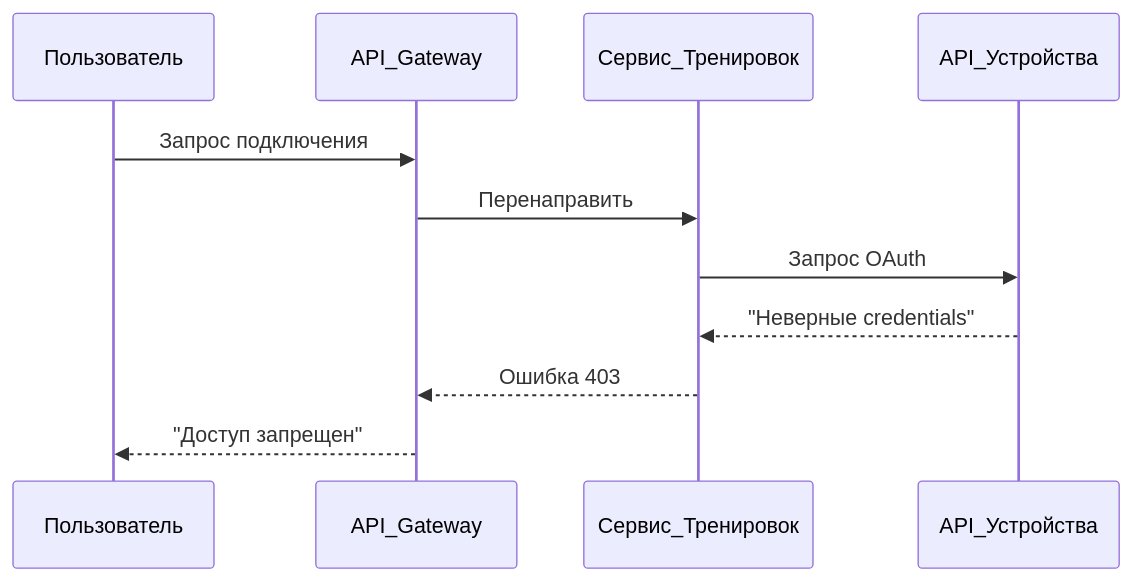
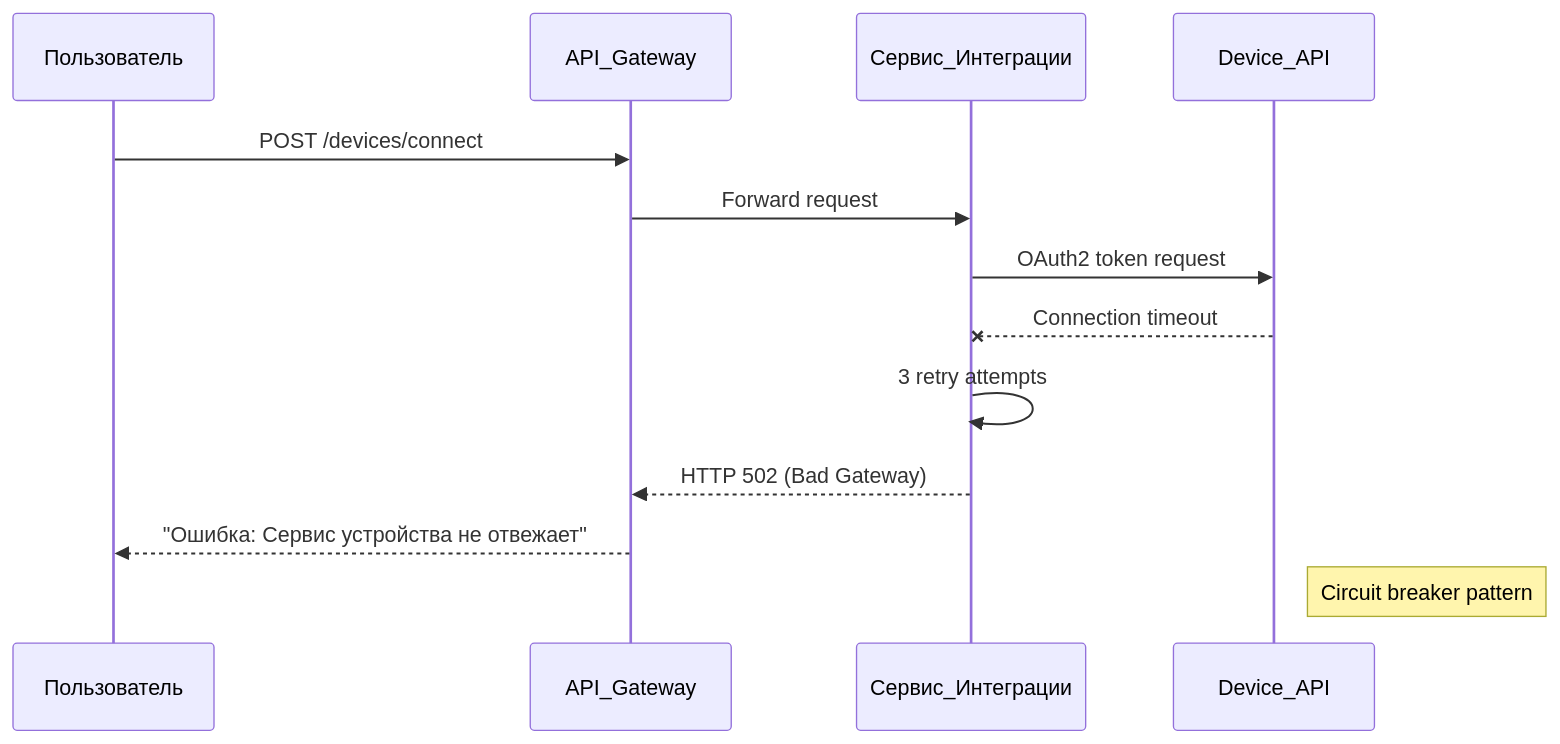
Before and after one commit to andreyantropov/architect-coursework: the fifth of 8 diagrams in architecture/critical-business-processes.md, drawn with Mermaid. The commit also changed other lines of this file, not shown here.

````diff
--- a/architecture/critical-business-processes.md
+++ b/architecture/critical-business-processes.md
@@ -61,14 +64,16 @@
 ```mermaid
 sequenceDiagram
     participant Пользователь
     participant API_Gateway
-    participant Сервис_Тренировок
-    participant API_Устройства
+    participant Сервис_Интеграции
+    participant Device_API
     
-    Пользователь->>API_Gateway: Запрос подключения
-    API_Gateway->>Сервис_Тренировок: Перенаправить
-    Сервис_Тренировок->>API_Устройства: Запрос OAuth
-    API_Устройства-->>Сервис_Тренировок: "Неверные credentials"
-    Сервис_Тренировок-->>API_Gateway: Ошибка 403
-    API_Gateway-->>Пользователь: "Доступ запрещен"
+    Пользователь->>API_Gateway: POST /devices/connect
+    API_Gateway->>Сервис_Интеграции: Forward request
+    Сервис_Интеграции->>Device_API: OAuth2 token request
+    Device_API--x Сервис_Интеграции: Connection timeout
+    Сервис_Интеграции->>Сервис_Интеграции: 3 retry attempts
+    Сервис_Интеграции-->>API_Gateway: HTTP 502 (Bad Gateway)
+    API_Gateway-->>Пользователь: "Ошибка: Сервис устройства не отвежает"
+    note right of Device_API: Circuit breaker pattern
 ```
````
